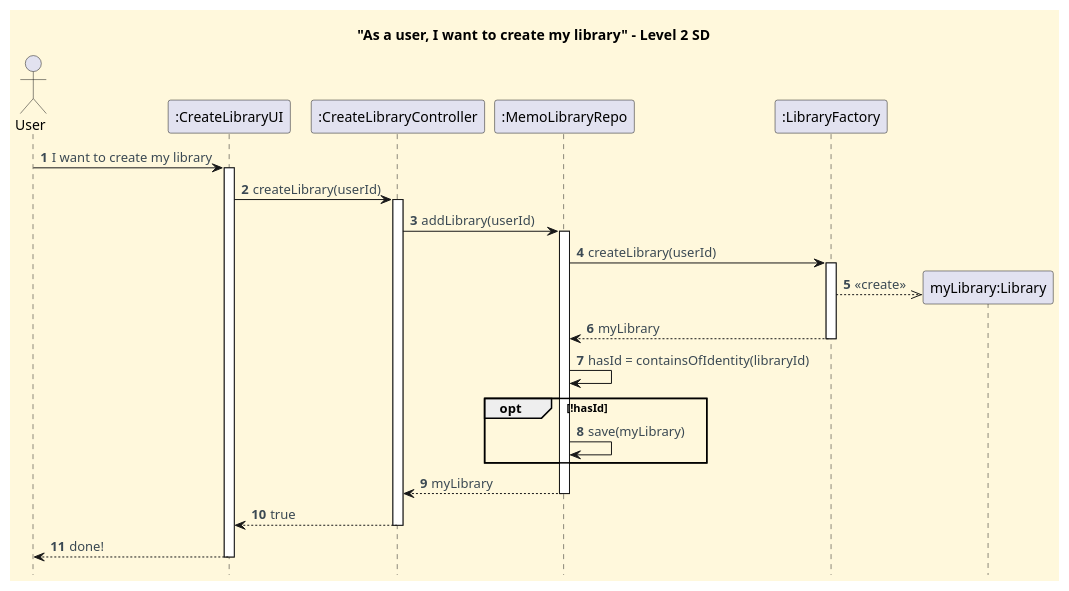
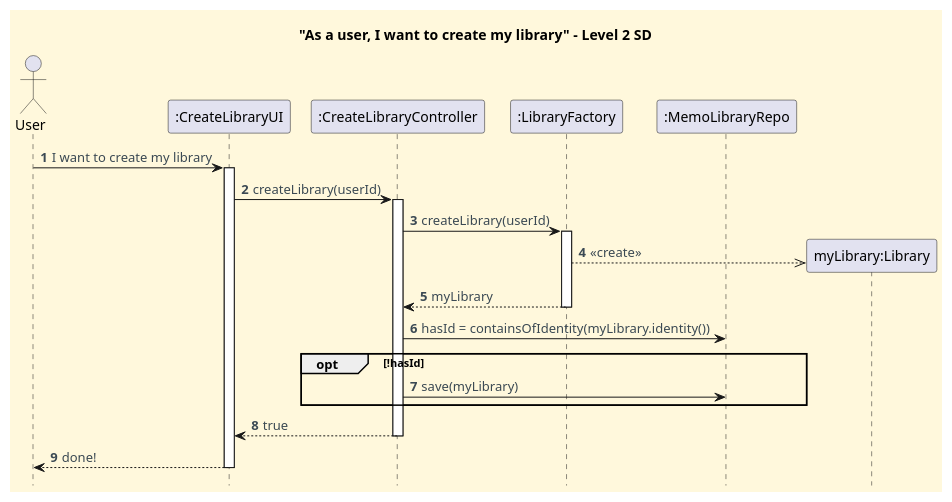
Before and after one commit to CarolinaLeite-collab/JavaMarketplacePlatform: the diagram in docs/functionalities/user/create-my-library/Create_My_Library_SD.puml, drawn with PlantUML. The commit also changed 1 other file, not shown here.

Commit message:
docs: updated *Create my User Library* functionality - refactored SD and CD, refs #605

```diff
--- a/docs/functionalities/user/create-my-library/Create_My_Library_SD.puml
+++ b/docs/functionalities/user/create-my-library/Create_My_Library_SD.puml
@@ -1,62 +1,52 @@
 @startuml
 title "As a user, I want to create my library" - Level 2 SD
 hidefootbox
 
 '==== basic style ====
 skinparam monochrome false
 skinparam shadowing false
 skinparam defaultFontName Futura
 skinparam objectFontSize 20
 skinparam backgroundColor CornSilk
 skinparam objectBackgroundColor WhiteSmoke
 skinparam noteBackgroundColor #FFFFE0
 skinparam ArrowFontColor #3B4953
 skinparam ActivationBackgroundColor black
 
 autonumber
 autoactivate off
 
 ' --- Actor and participants ---
 actor User
 participant ":CreateLibraryUI" as UI
 participant ":CreateLibraryController" as CTL
+participant ":LibraryFactory" as LF
 participant ":MemoLibraryRepo" as LR
-participant ":LibraryFactory" as LF
 
-' --- UI interaction ---
 User -> UI: I want to create my library
 activate UI
 
-
-' --- Use case execution ---
 UI -> CTL: createLibrary(userId)
 activate CTL
 
-CTL -> LR: addLibrary(userId)
-activate LR
-
-
-LR -> LF: createLibrary(userId)
+CTL -> LF: createLibrary(userId)
 activate LF
 create "myLibrary:Library"
 LF -->> "myLibrary:Library": <<create>>
-LF --> LR: myLibrary
+LF --> CTL: myLibrary
 deactivate LF
-LR -> LR : hasId = containsOfIdentity(libraryId)
+
+CTL -> LR : hasId = containsOfIdentity(myLibrary.identity())
 
     opt !hasId
-    LR -> LR: save(myLibrary)
+    CTL -> LR: save(myLibrary)
+
     end
-
-
-
-LR --> CTL: myLibrary
-deactivate LR
 
 CTL --> UI: true
 deactivate CTL
 
 UI --> User: done!
 deactivate UI
 
 @enduml
```
